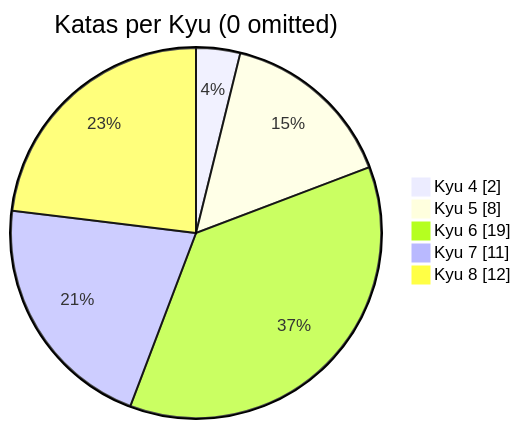
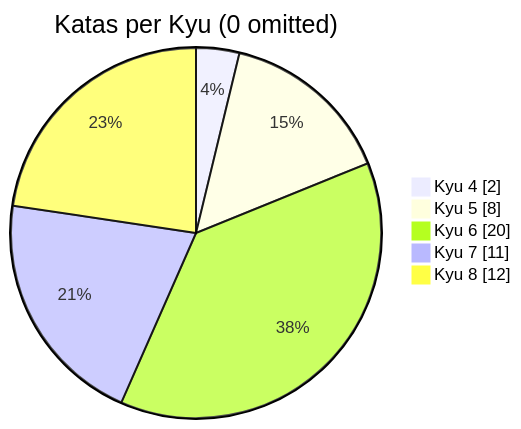
Before and after one commit to MauricioLudwig/codewars-typescript: the diagram in README.md, drawn with Mermaid. The commit also changed other lines of this file, not shown here.

````diff
--- a/README.md
+++ b/README.md
@@ -19,9 +19,9 @@
 ```mermaid
 pie showData
     title Katas per Kyu (0 omitted)
 	"Kyu 4": 2
 	"Kyu 5": 8
-	"Kyu 6": 19
+	"Kyu 6": 20
 	"Kyu 7": 11
 	"Kyu 8": 12
 ```
````
